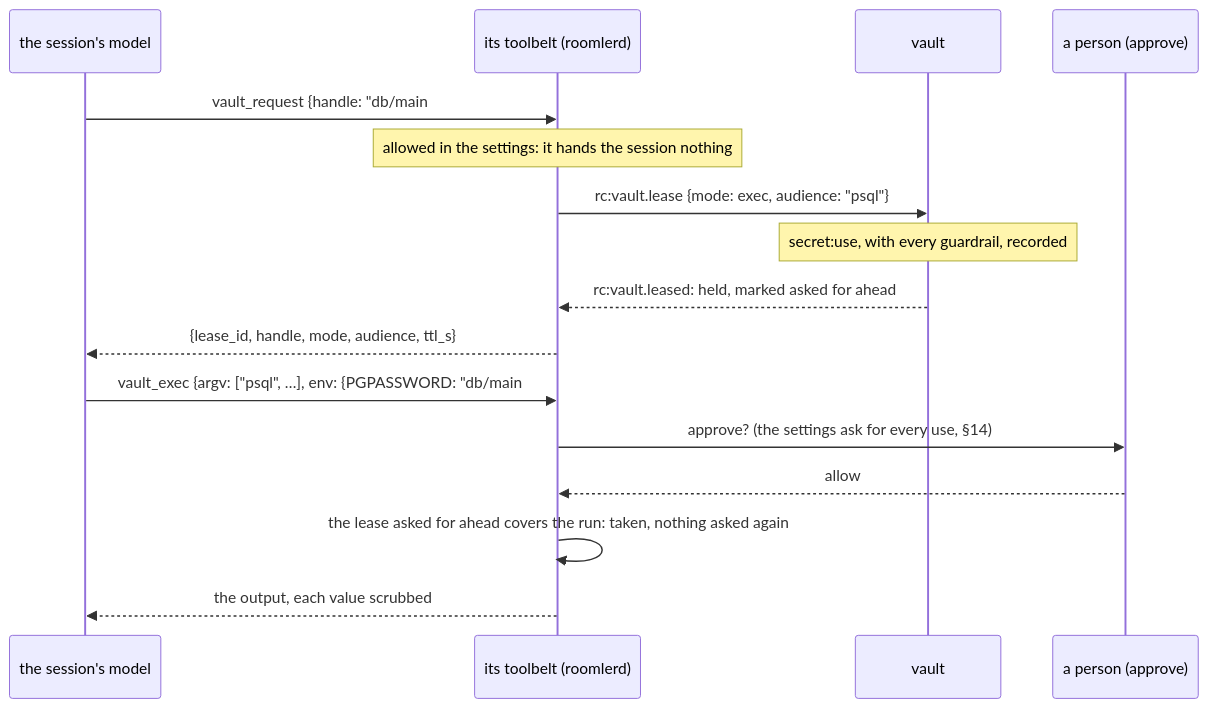
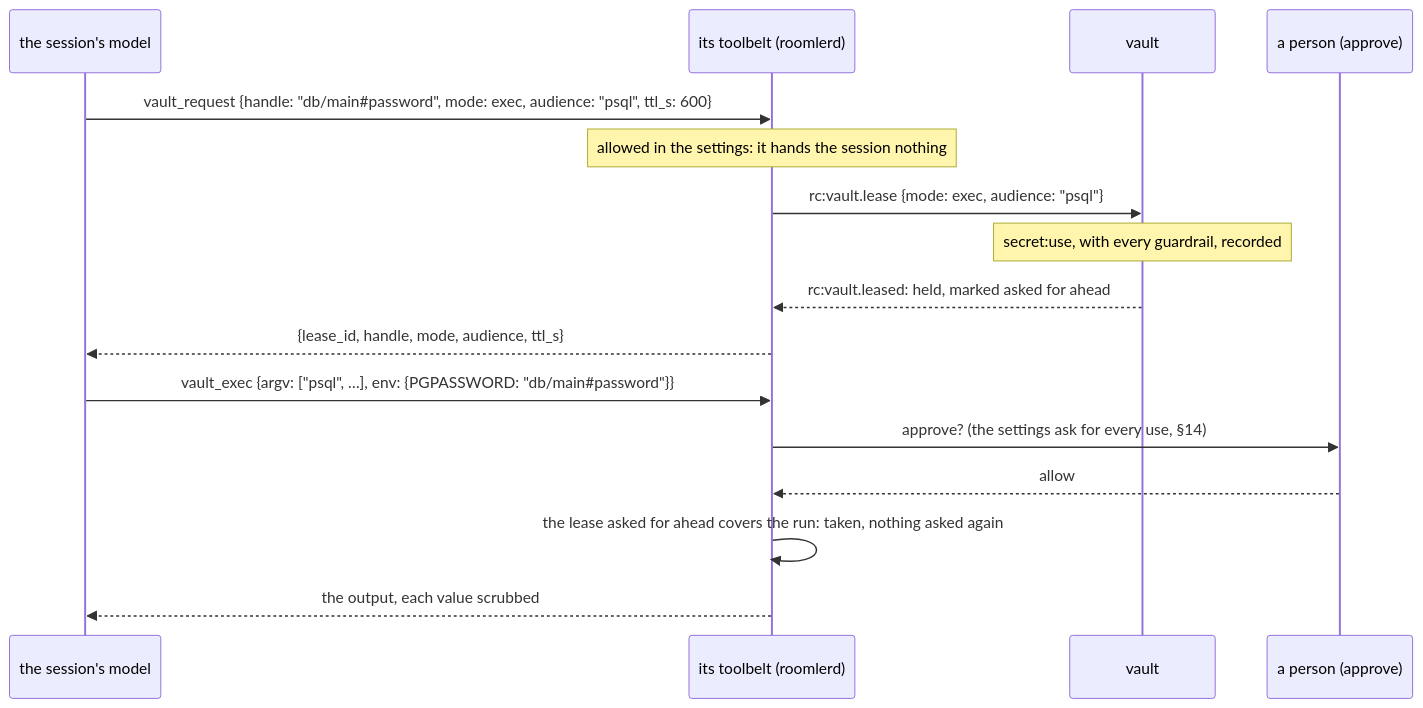
One commit to gjovanov/roomler-ai changed diagram 11 of 28 in docs/vault.md. Above: the diagram before and after it, drawn with Mermaid. The commit also changed other lines of this file and 25 other files, not shown here.

````diff
--- a/docs/vault.md
+++ b/docs/vault.md
@@ -951,18 +951,18 @@
 ```mermaid
 sequenceDiagram
     participant M as the session's model
     participant T as its toolbelt (roomlerd)
     participant V as vault
     participant A as a person (approve)
-    M->>T: vault_request {handle: "db/main#password", mode: exec, audience: "psql", ttl_s: 600}
+    M->>T: vault_request {handle: "db/main#35;password", mode: exec, audience: "psql", ttl_s: 600}
     Note over T: allowed in the settings: it hands the session nothing
     T->>V: rc:vault.lease {mode: exec, audience: "psql"}
     Note over V: secret:use, with every guardrail, recorded
     V-->>T: rc:vault.leased: held, marked asked for ahead
     T-->>M: {lease_id, handle, mode, audience, ttl_s}
-    M->>T: vault_exec {argv: ["psql", …], env: {PGPASSWORD: "db/main#password"}}
+    M->>T: vault_exec {argv: ["psql", …], env: {PGPASSWORD: "db/main#35;password"}}
     T->>A: approve? (the settings ask for every use, §14)
     A-->>T: allow
     T->>T: the lease asked for ahead covers the run: taken, nothing asked again
     T-->>M: the output, each value scrubbed
 ```
````
